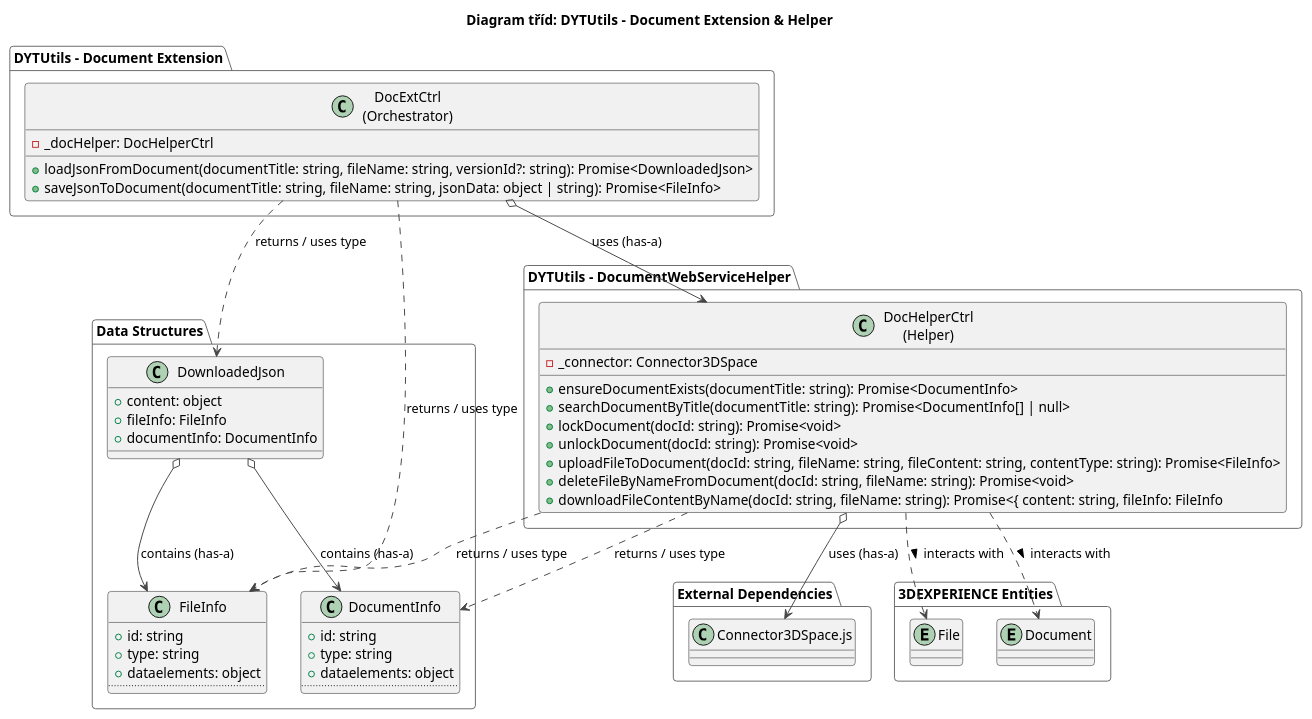
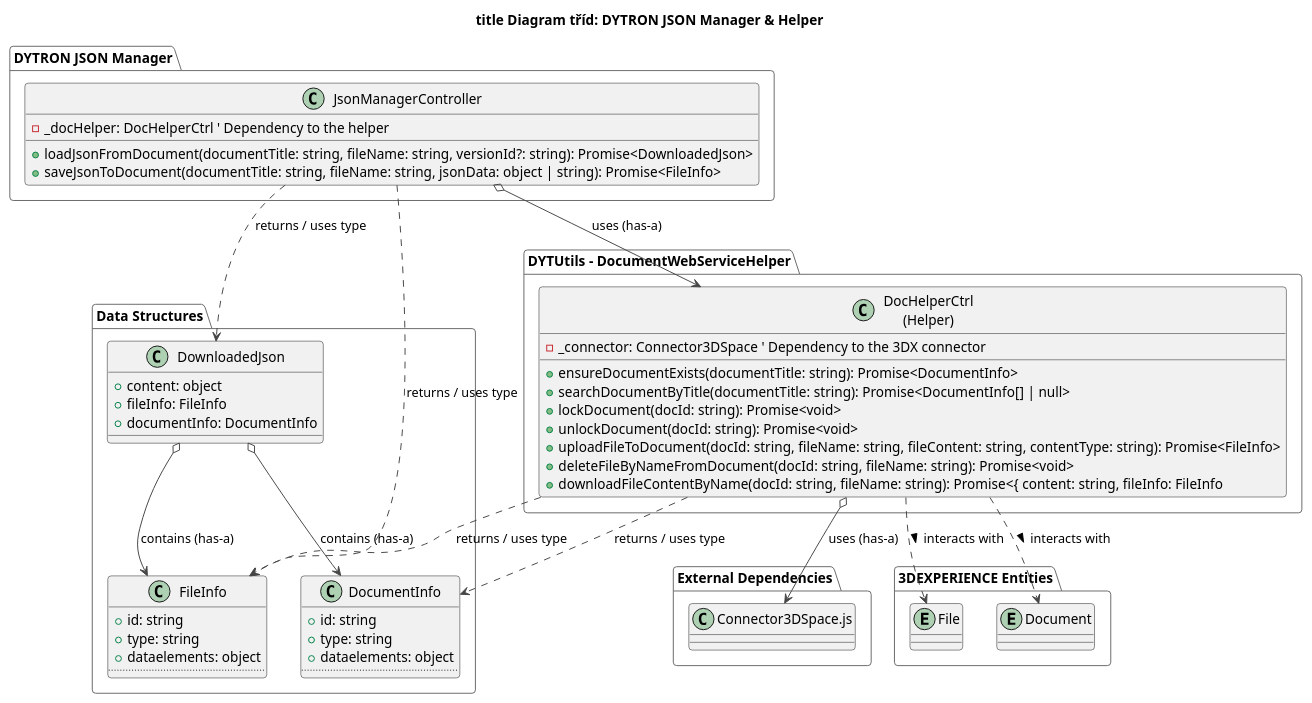
The diagram in Docs/06-classes/CD-001_Core_Classes.plantuml (rkonvicny/DYTUtils), drawn with PlantUML before and after one commit. The commit also changed 59 other files, not shown here.

```diff
--- a/Docs/06-classes/CD-001_Core_Classes.plantuml
+++ b/Docs/06-classes/CD-001_Core_Classes.plantuml
@@ -1,77 +1,77 @@
 @startuml CD-001_Core_Classes
 !theme vibrant
-title Diagram tříd: DYTUtils - Document Extension & Helper
+title title Diagram tříd: DYTRON JSON Manager & Helper
 
-package "DYTUtils - Document Extension" {
-    ' Orchestrator class for high-level document operations
-    class "DocExtCtrl\n(Orchestrator)" as DocExtCtrl {
-        - _docHelper: DocHelperCtrl
+package "DYTRON JSON Manager" {
+  ' Controller class for high-level JSON document operations
+  class "JsonManagerController" as JsonManagerController {
+    - _docHelper: DocHelperCtrl ' Dependency to the helper
         + loadJsonFromDocument(documentTitle: string, fileName: string, versionId?: string): Promise<DownloadedJson>
         + saveJsonToDocument(documentTitle: string, fileName: string, jsonData: object | string): Promise<FileInfo>
     }
 }
 
 package "DYTUtils - DocumentWebServiceHelper" {
     class "DocHelperCtrl\n(Helper)" as DocHelperCtrl {
-        - _connector: Connector3DSpace
+        - _connector: Connector3DSpace ' Dependency to the 3DX connector
         + ensureDocumentExists(documentTitle: string): Promise<DocumentInfo>
         + searchDocumentByTitle(documentTitle: string): Promise<DocumentInfo[] | null>
         + lockDocument(docId: string): Promise<void>
         + unlockDocument(docId: string): Promise<void>
         + uploadFileToDocument(docId: string, fileName: string, fileContent: string, contentType: string): Promise<FileInfo>
         + deleteFileByNameFromDocument(docId: string, fileName: string): Promise<void>
         + downloadFileContentByName(docId: string, fileName: string): Promise<{ content: string, fileInfo: FileInfo
     }    
 }
 
 package "Data Structures" {
 class DocumentInfo {
     + id: string
     + type: string
     + dataelements: object
     ..
     ' další atributy dle potřeby
 }
 class FileInfo {
     + id: string
     + type: string
     + dataelements: object
     ..
     ' další atributy dle potřeby
 }
 class DownloadedJson {
     + content: object
     + fileInfo: FileInfo
     + documentInfo: DocumentInfo
 }
 }
 
 package "External Dependencies" {
 class "Connector3DSpace.js" as Connector3DSpace
 }
 
 ' "Has-a" relationships (Aggregation)
-DocExtCtrl o--> DocHelperCtrl : "uses (has-a)"
+JsonManagerController o--> DocHelperCtrl : "uses (has-a)"
 DocHelperCtrl o--> Connector3DSpace : "uses (has-a)"
 
 DownloadedJson o--> FileInfo : "contains (has-a)"
 DownloadedJson o--> DocumentInfo : "contains (has-a)"
 
 
 ' Dependencies (e.g., return types, parameters)
-DocExtCtrl ..> DownloadedJson : "returns / uses type"
-DocExtCtrl ..> FileInfo : "returns / uses type"
+JsonManagerController ..> DownloadedJson : "returns / uses type"
+JsonManagerController ..> FileInfo : "returns / uses type"
 
 DocHelperCtrl ..> DocumentInfo : "returns / uses type"
 DocHelperCtrl ..> FileInfo : "returns / uses type"
 
 
 ' Conceptual entities (not classes in our system, but what Helper interacts with)
 package "3DEXPERIENCE Entities" {
 entity Document
 entity File
 }
 DocHelperCtrl ..> Document : interacts with >
 DocHelperCtrl ..> File : interacts with >
 
 @enduml
```
